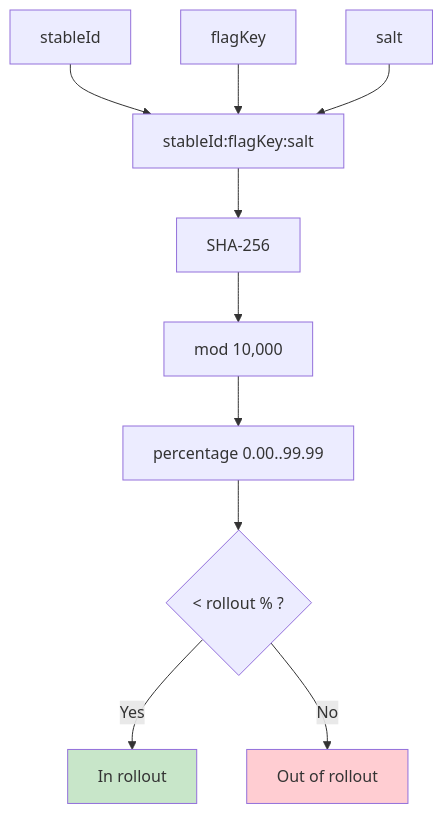
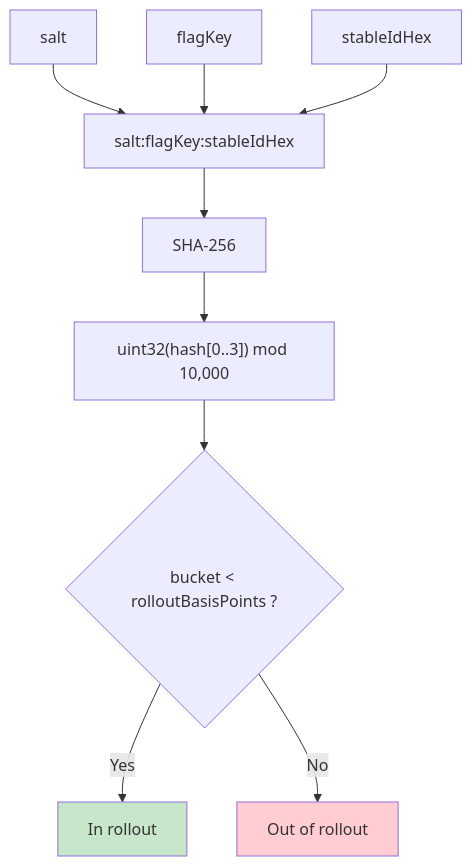
The third of 3 diagrams in docs/04-targeting-rollouts.md (amichne/konditional), drawn with Mermaid before and after one commit. The commit also changed other lines of this file and 33 other files, not shown here.

````diff
--- a/docs/04-targeting-rollouts.md
+++ b/docs/04-targeting-rollouts.md
@@ -157,14 +186,13 @@
 ```mermaid
 flowchart TD
-  Id["stableId"] --> In["stableId:flagKey:salt"]
+  Salt["salt"] --> In["salt:flagKey:stableIdHex"]
   Key["flagKey"] --> In
-  Salt["salt"] --> In
+  Id["stableIdHex"] --> In
   In --> H["SHA-256"]
-  H --> M["mod 10,000"]
-  M --> P["percentage 0.00..99.99"]
-  P --> T{"< rollout % ?"}
+  H --> M["uint32(hash[0..3]) mod 10,000"]
+  M --> T{"bucket < rolloutBasisPoints ?"}
   T -->|Yes| Enabled["In rollout"]
   T -->|No| Disabled["Out of rollout"]
   style Enabled fill:#c8e6c9
   style Disabled fill:#ffcdd2
 ```
````
